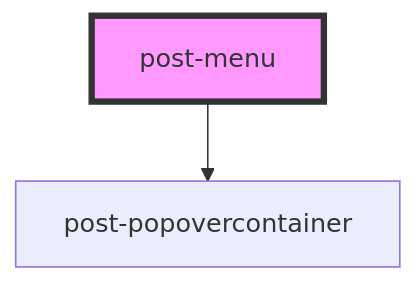
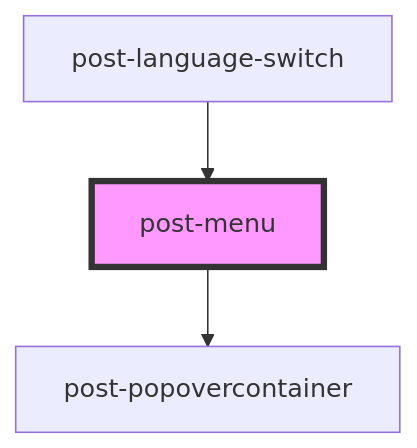
Before and after one commit to swisspost/design-system: the diagram in packages/components/src/components/post-menu/readme.md, drawn with Mermaid. The commit also changed other lines of this file and 33 other files, not shown here.

Commit message:
feat(components): post-language-switch web component (#4044)

````diff
--- a/packages/components/src/components/post-menu/readme.md
+++ b/packages/components/src/components/post-menu/readme.md
@@ -74,5 +78,6 @@
 ```mermaid
 graph TD;
   post-menu --> post-popovercontainer
+  post-language-switch --> post-menu
   style post-menu fill:#f9f,stroke:#333,stroke-width:4px
 ```
````
